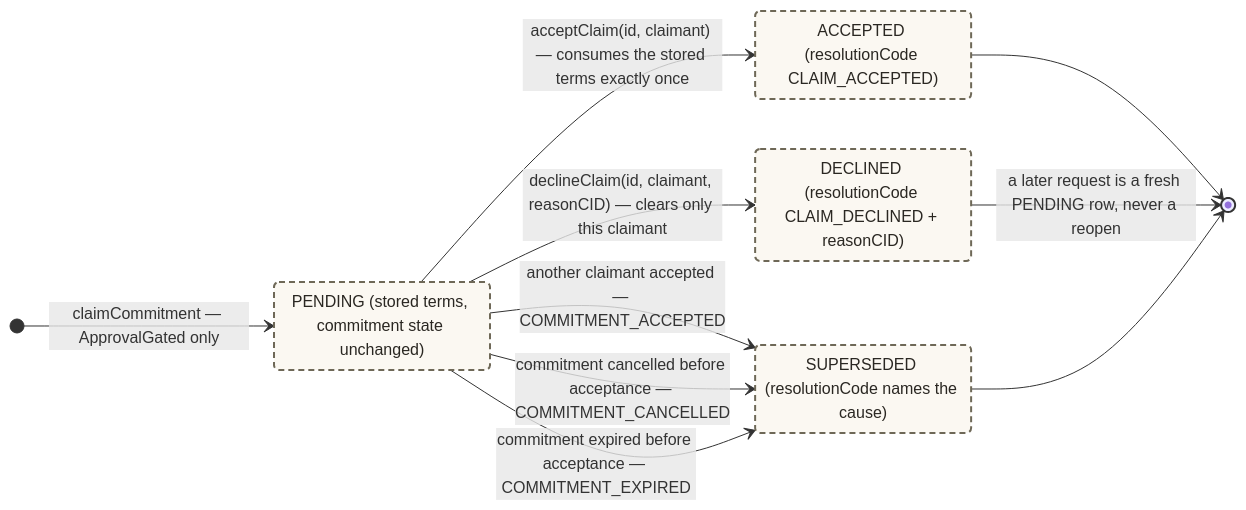
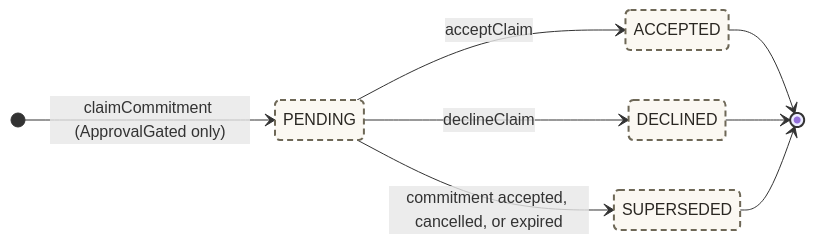
Before and after one commit to greenpill-dev-guild/green-goods: diagram 27 of 34 in .plans/active/commitment-pooling/diagrams.md, drawn with Mermaid. The commit also changed other lines of this file and 4 other files, not shown here.

````diff
--- a/.plans/active/commitment-pooling/diagrams.md
+++ b/.plans/active/commitment-pooling/diagrams.md
@@ -1350,21 +1346,14 @@
 ```mermaid
 stateDiagram-v2
   direction LR
-  PENDING: PENDING (stored terms, commitment state unchanged)
-  ACCEPTED: ACCEPTED (resolutionCode CLAIM_ACCEPTED)
-  DECLINED: DECLINED (resolutionCode CLAIM_DECLINED + reasonCID)
-  SUPERSEDED: SUPERSEDED (resolutionCode names the cause)
-
-  [*] --> PENDING : claimCommitment — ApprovalGated only
-  PENDING --> ACCEPTED : acceptClaim(id, claimant) — consumes the stored terms exactly once
-  PENDING --> DECLINED : declineClaim(id, claimant, reasonCID) — clears only this claimant
-  PENDING --> SUPERSEDED : another claimant accepted — COMMITMENT_ACCEPTED
-  PENDING --> SUPERSEDED : commitment cancelled before acceptance — COMMITMENT_CANCELLED
-  PENDING --> SUPERSEDED : commitment expired before acceptance — COMMITMENT_EXPIRED
+  [*] --> PENDING : claimCommitment (ApprovalGated only)
+  PENDING --> ACCEPTED : acceptClaim
+  PENDING --> DECLINED : declineClaim
+  PENDING --> SUPERSEDED : commitment accepted, cancelled, or expired
   ACCEPTED --> [*]
-  DECLINED --> [*] : a later request is a fresh PENDING row, never a reopen
+  DECLINED --> [*]
   SUPERSEDED --> [*]
 
   classDef planned fill:#fbf8f2,stroke:#6e6857,stroke-width:2px,stroke-dasharray:6 4,color:#2a2722
   class PENDING,ACCEPTED,DECLINED,SUPERSEDED planned
 ```
````
